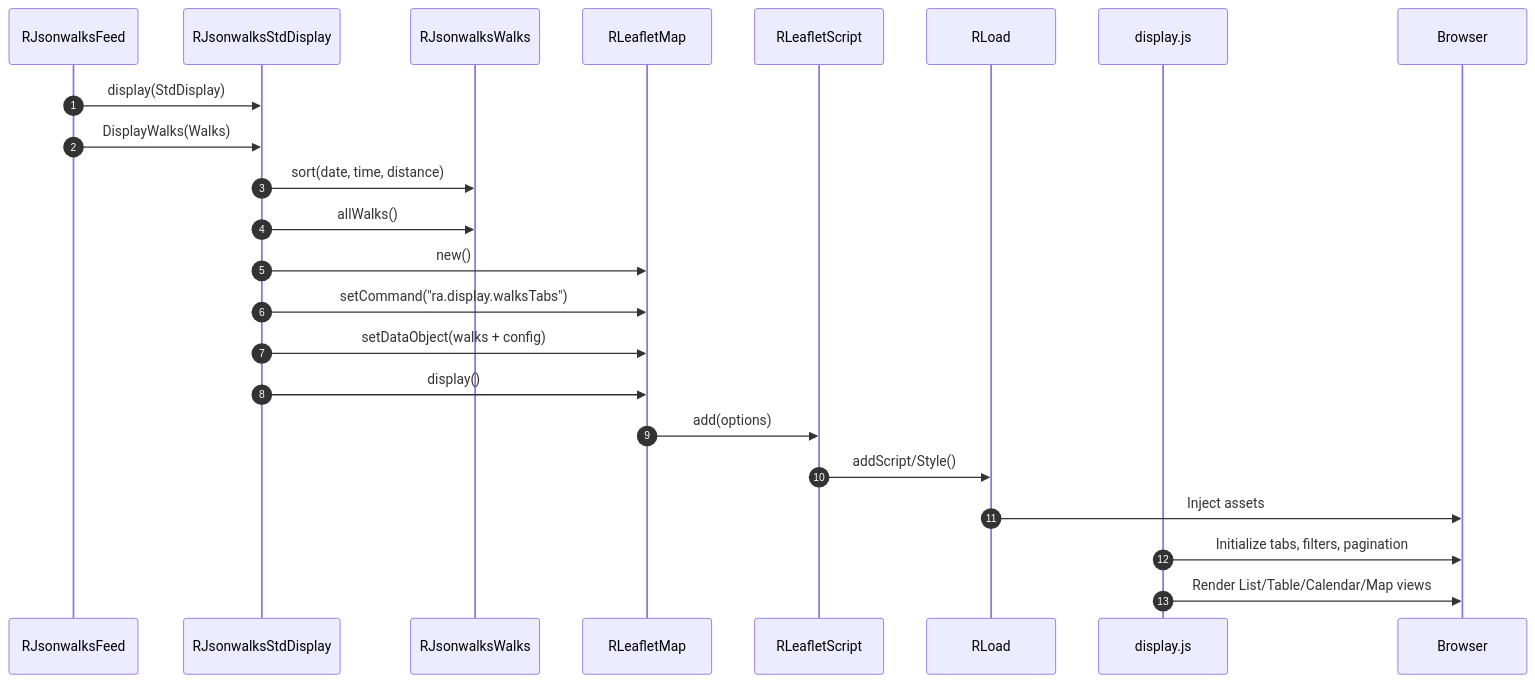
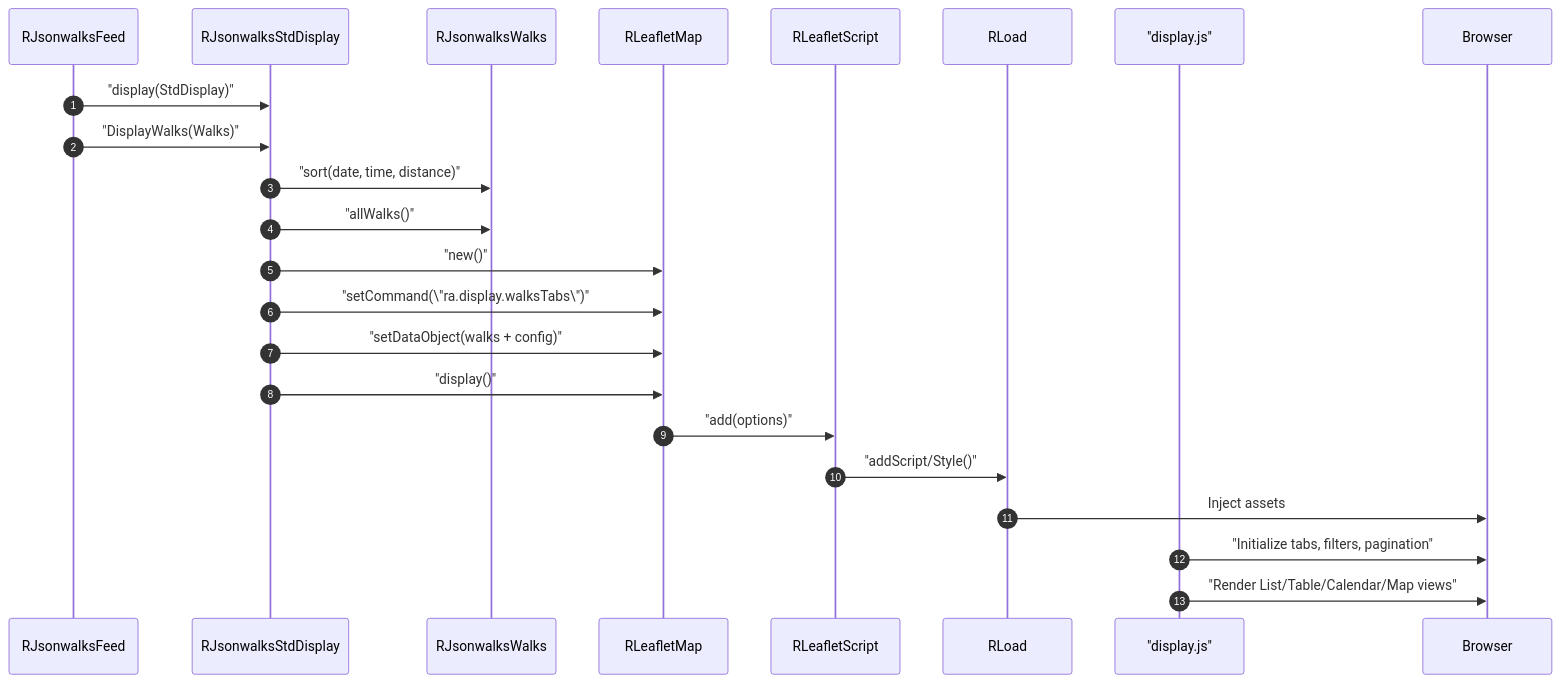
The second of 3 diagrams in jsonwalks/std/HLD.md (pauljrhodes/ramblers-library), drawn with Mermaid before and after one commit. The commit also changed other lines of this file and 33 other files, not shown here.

Commit message:
Normalize Mermaid diagrams for GitHub rendering

````diff
--- a/jsonwalks/std/HLD.md
+++ b/jsonwalks/std/HLD.md
@@ -190,26 +190,26 @@
 ```mermaid
 sequenceDiagram
     autonumber
     participant Feed as RJsonwalksFeed
     participant StdDisplay as RJsonwalksStdDisplay
     participant Walks as RJsonwalksWalks
     participant LeafletMap as RLeafletMap
     participant LeafletScript as RLeafletScript
     participant Load as RLoad
-    participant JS as display.js
+    participant JS as "display.js"
     participant Browser as Browser
 
-    Feed->>StdDisplay: display(StdDisplay)
-    Feed->>StdDisplay: DisplayWalks(Walks)
-    StdDisplay->>Walks: sort(date, time, distance)
-    StdDisplay->>Walks: allWalks()
-    StdDisplay->>LeafletMap: new()
-    StdDisplay->>LeafletMap: setCommand("ra.display.walksTabs")
-    StdDisplay->>LeafletMap: setDataObject(walks + config)
-    StdDisplay->>LeafletMap: display()
-    LeafletMap->>LeafletScript: add(options)
-    LeafletScript->>Load: addScript/Style()
+    Feed->>StdDisplay: "display(StdDisplay)"
+    Feed->>StdDisplay: "DisplayWalks(Walks)"
+    StdDisplay->>Walks: "sort(date, time, distance)"
+    StdDisplay->>Walks: "allWalks()"
+    StdDisplay->>LeafletMap: "new()"
+    StdDisplay->>LeafletMap: "setCommand(\"ra.display.walksTabs\")"
+    StdDisplay->>LeafletMap: "setDataObject(walks + config)"
+    StdDisplay->>LeafletMap: "display()"
+    LeafletMap->>LeafletScript: "add(options)"
+    LeafletScript->>Load: "addScript/Style()"
     Load->>Browser: Inject assets
-    JS->>Browser: Initialize tabs, filters, pagination
-    JS->>Browser: Render List/Table/Calendar/Map views
+    JS->>Browser: "Initialize tabs, filters, pagination"
+    JS->>Browser: "Render List/Table/Calendar/Map views"
 ```
````
